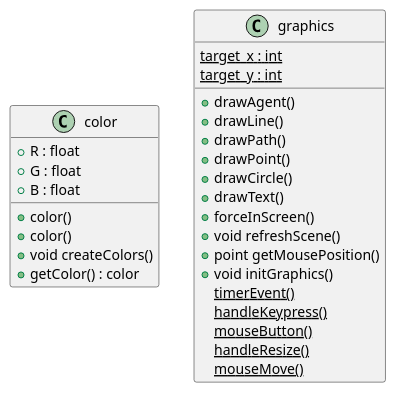
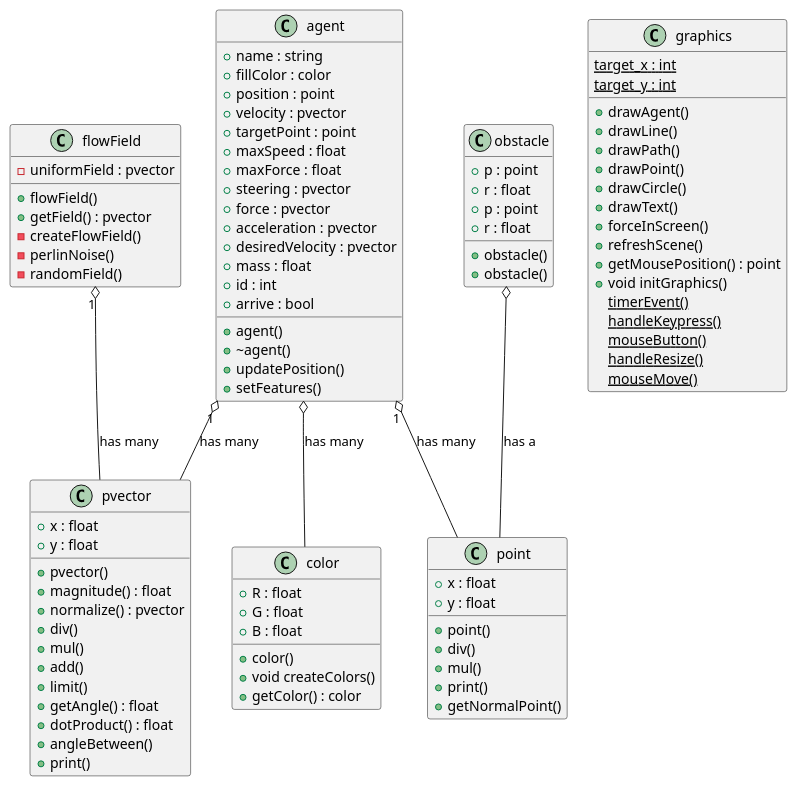
The diagram in docs/test.puml (mehmetrizaoz/autonomousSteeringAgents), drawn with PlantUML before and after one commit.

Commit message:
some additions on class diagram

```diff
--- a/docs/test.puml
+++ b/docs/test.puml
@@ -1,32 +1,106 @@
 @startuml class
+class agent {
+  +agent()
+  +~agent()
+  +updatePosition()
+  +setFeatures()
+  +name : string
+  +fillColor : color
+  +position : point
+  +velocity : pvector
+  +targetPoint : point
+  +maxSpeed : float
+  +maxForce : float
+  +steering : pvector
+  +force : pvector
+  +acceleration : pvector
+  +desiredVelocity : pvector
+  +mass : float
+  +id : int
+  +arrive : bool
+}
+
+class pvector {
+  +pvector()
+  +magnitude() : float
+  +normalize() : pvector
+  +div()
+  +mul()
+  +add()
+  +limit()
+  +getAngle() : float
+  +dotProduct() : float
+  +angleBetween()
+  +print()
+  +x : float
+  +y : float
+}
+
+class obstacle {
+  +p : point
+  +r : float 
+  +obstacle()  
+}
+
+class flowField {
+  -uniformField : pvector 
+  +flowField()
+  +getField() : pvector
+  -createFlowField()
+  -perlinNoise()
+  -randomField()
+}
+
+class obstacle {
+  +p : point
+  +r : float 
+  +obstacle()  
+}
+
+class point {
+  +x : float
+  +y : float 
+  +point()  
+  +div()
+  +mul()
+  +print()
+  +getNormalPoint()
+}
+
+
 class color {
   +R : float
   +G : float 
   +B : float
   +color()  
-  +color()
   +void createColors()
   +getColor() : color
 }
 
 class graphics {
   +drawAgent()
   +drawLine() 
   +drawPath()
   +drawPoint()
   +drawCircle()
   +drawText()
   +forceInScreen()
-  +void refreshScene()
-  +point getMousePosition()
+  +refreshScene()
+  +getMousePosition() : point
   +void initGraphics()
   {static} timerEvent()
   {static} handleKeypress()
   {static} mouseButton()
   {static} handleResize()
   {static} mouseMove()
   {static} target_x : int
   {static} target_y : int
 }
 
+obstacle o-- point : has a
+flowField "1" o-- pvector : has many
+agent "1" o-- pvector : has many
+agent "1" o-- point : has many
+agent o-- color : has many
+
 @enduml
```
